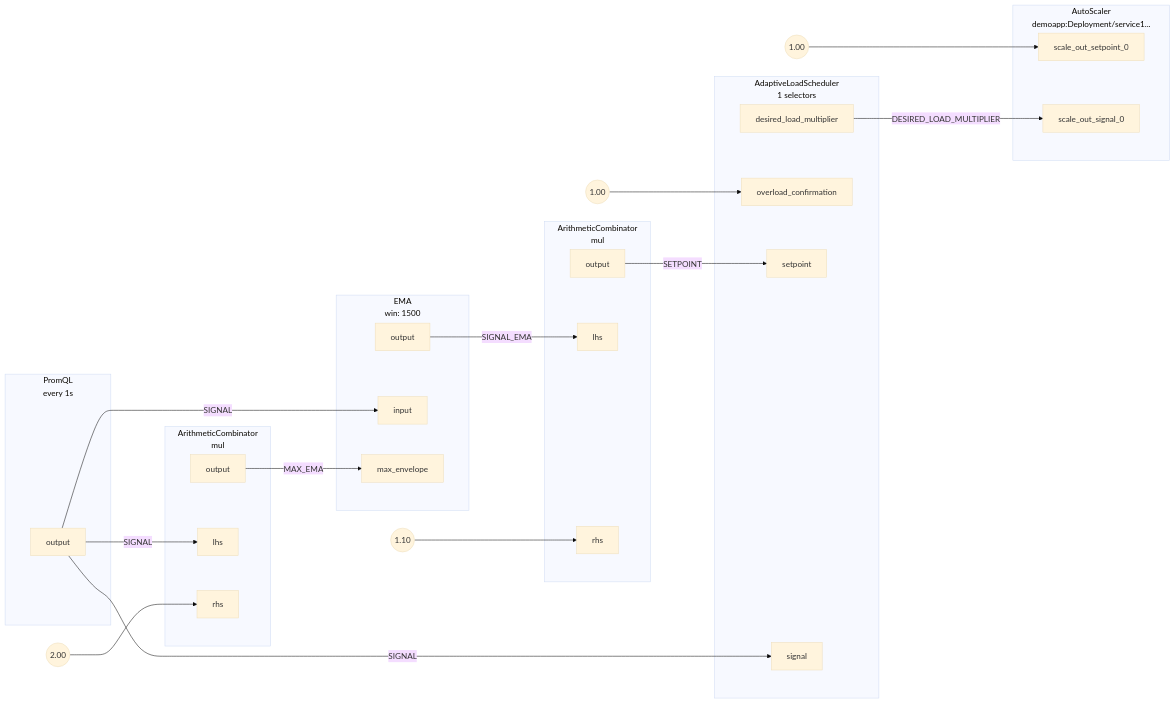
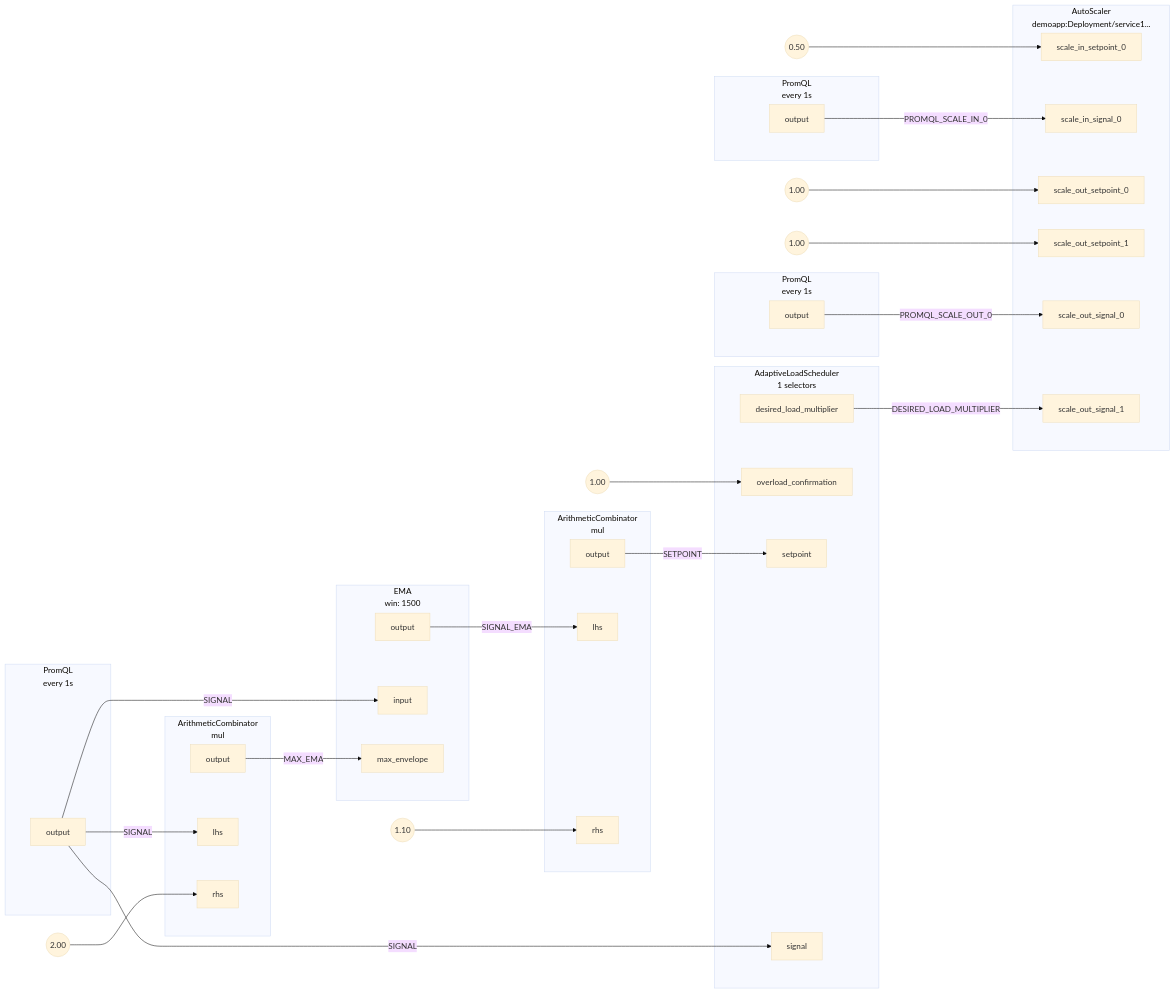
One commit to fluxninja/aperture changed the diagram in docs/content/applying-policies/auto-scale/load-based-auto-scaling/assets/graph.mmd. Above: the diagram before and after it, drawn with Mermaid (base theme). The commit also changed 45 other files, not shown here.

```diff
--- a/docs/content/applying-policies/auto-scale/load-based-auto-scaling/assets/graph.mmd
+++ b/docs/content/applying-policies/auto-scale/load-based-auto-scaling/assets/graph.mmd
@@ -1,74 +1,96 @@
 flowchart LR
 subgraph root.0[<center>AdaptiveLoadScheduler<br/>1 selectors</center>]
 subgraph root.0_inports[ ]
 style root.0_inports fill:none,stroke:none
 root.0overload_confirmation[overload_confirmation]
 root.0setpoint[setpoint]
 root.0signal[signal]
 end
 subgraph root.0_outports[ ]
 style root.0_outports fill:none,stroke:none
 root.0desired_load_multiplier[desired_load_multiplier]
 end
 end
 root.0_overload_confirmation_FakeConstantout((1.00))
-subgraph root.1[<center>PromQL<br/>every 1s</center>]
-subgraph root.1_outports[ ]
-style root.1_outports fill:none,stroke:none
-root.1output[output]
+subgraph root.1[<center>AutoScaler<br/>demoapp:Deployment/service1...</center>]
+subgraph root.1_inports[ ]
+style root.1_inports fill:none,stroke:none
+root.1scale_in_setpoint_0[scale_in_setpoint_0]
+root.1scale_in_signal_0[scale_in_signal_0]
+root.1scale_out_setpoint_0[scale_out_setpoint_0]
+root.1scale_out_setpoint_1[scale_out_setpoint_1]
+root.1scale_out_signal_0[scale_out_signal_0]
+root.1scale_out_signal_1[scale_out_signal_1]
 end
 end
-subgraph root.2[<center>ArithmeticCombinator<br/>mul</center>]
-subgraph root.2_inports[ ]
-style root.2_inports fill:none,stroke:none
-root.2lhs[lhs]
-root.2rhs[rhs]
-end
+root.1_scale_in_setpoint_0_FakeConstantout((0.50))
+root.1_scale_out_setpoint_0_FakeConstantout((1.00))
+root.1_scale_out_setpoint_1_FakeConstantout((1.00))
+subgraph root.2[<center>PromQL<br/>every 1s</center>]
 subgraph root.2_outports[ ]
 style root.2_outports fill:none,stroke:none
 root.2output[output]
 end
 end
-root.2_rhs_FakeConstantout((2.00))
-subgraph root.3[<center>EMA<br/>win: 1500</center>]
-subgraph root.3_inports[ ]
-style root.3_inports fill:none,stroke:none
-root.3input[input]
-root.3max_envelope[max_envelope]
-end
+subgraph root.3[<center>PromQL<br/>every 1s</center>]
 subgraph root.3_outports[ ]
 style root.3_outports fill:none,stroke:none
 root.3output[output]
 end
 end
-subgraph root.4[<center>ArithmeticCombinator<br/>mul</center>]
-subgraph root.4_inports[ ]
-style root.4_inports fill:none,stroke:none
-root.4lhs[lhs]
-root.4rhs[rhs]
-end
+subgraph root.4[<center>PromQL<br/>every 1s</center>]
 subgraph root.4_outports[ ]
 style root.4_outports fill:none,stroke:none
 root.4output[output]
 end
 end
-root.4_rhs_FakeConstantout((1.10))
-subgraph root.5[<center>AutoScaler<br/>demoapp:Deployment/service1...</center>]
+subgraph root.5[<center>ArithmeticCombinator<br/>mul</center>]
 subgraph root.5_inports[ ]
 style root.5_inports fill:none,stroke:none
-root.5scale_out_setpoint_0[scale_out_setpoint_0]
-root.5scale_out_signal_0[scale_out_signal_0]
+root.5lhs[lhs]
+root.5rhs[rhs]
+end
+subgraph root.5_outports[ ]
+style root.5_outports fill:none,stroke:none
+root.5output[output]
 end
 end
-root.5_scale_out_setpoint_0_FakeConstantout((1.00))
-root.0desired_load_multiplier --> |DESIRED_LOAD_MULTIPLIER| root.5scale_out_signal_0
+root.5_rhs_FakeConstantout((2.00))
+subgraph root.6[<center>EMA<br/>win: 1500</center>]
+subgraph root.6_inports[ ]
+style root.6_inports fill:none,stroke:none
+root.6input[input]
+root.6max_envelope[max_envelope]
+end
+subgraph root.6_outports[ ]
+style root.6_outports fill:none,stroke:none
+root.6output[output]
+end
+end
+subgraph root.7[<center>ArithmeticCombinator<br/>mul</center>]
+subgraph root.7_inports[ ]
+style root.7_inports fill:none,stroke:none
+root.7lhs[lhs]
+root.7rhs[rhs]
+end
+subgraph root.7_outports[ ]
+style root.7_outports fill:none,stroke:none
+root.7output[output]
+end
+end
+root.7_rhs_FakeConstantout((1.10))
+root.0desired_load_multiplier --> |DESIRED_LOAD_MULTIPLIER| root.1scale_out_signal_1
 root.0_overload_confirmation_FakeConstantout --> root.0overload_confirmation
-root.1output --> |SIGNAL| root.0signal
-root.1output --> |SIGNAL| root.2lhs
-root.1output --> |SIGNAL| root.3input
-root.2output --> |MAX_EMA| root.3max_envelope
-root.2_rhs_FakeConstantout --> root.2rhs
-root.3output --> |SIGNAL_EMA| root.4lhs
-root.4output --> |SETPOINT| root.0setpoint
-root.4_rhs_FakeConstantout --> root.4rhs
-root.5_scale_out_setpoint_0_FakeConstantout --> root.5scale_out_setpoint_0
+root.1_scale_in_setpoint_0_FakeConstantout --> root.1scale_in_setpoint_0
+root.1_scale_out_setpoint_0_FakeConstantout --> root.1scale_out_setpoint_0
+root.1_scale_out_setpoint_1_FakeConstantout --> root.1scale_out_setpoint_1
+root.2output --> |PROMQL_SCALE_IN_0| root.1scale_in_signal_0
+root.3output --> |PROMQL_SCALE_OUT_0| root.1scale_out_signal_0
+root.4output --> |SIGNAL| root.0signal
+root.4output --> |SIGNAL| root.5lhs
+root.4output --> |SIGNAL| root.6input
+root.5output --> |MAX_EMA| root.6max_envelope
+root.5_rhs_FakeConstantout --> root.5rhs
+root.6output --> |SIGNAL_EMA| root.7lhs
+root.7output --> |SETPOINT| root.0setpoint
+root.7_rhs_FakeConstantout --> root.7rhs
```
